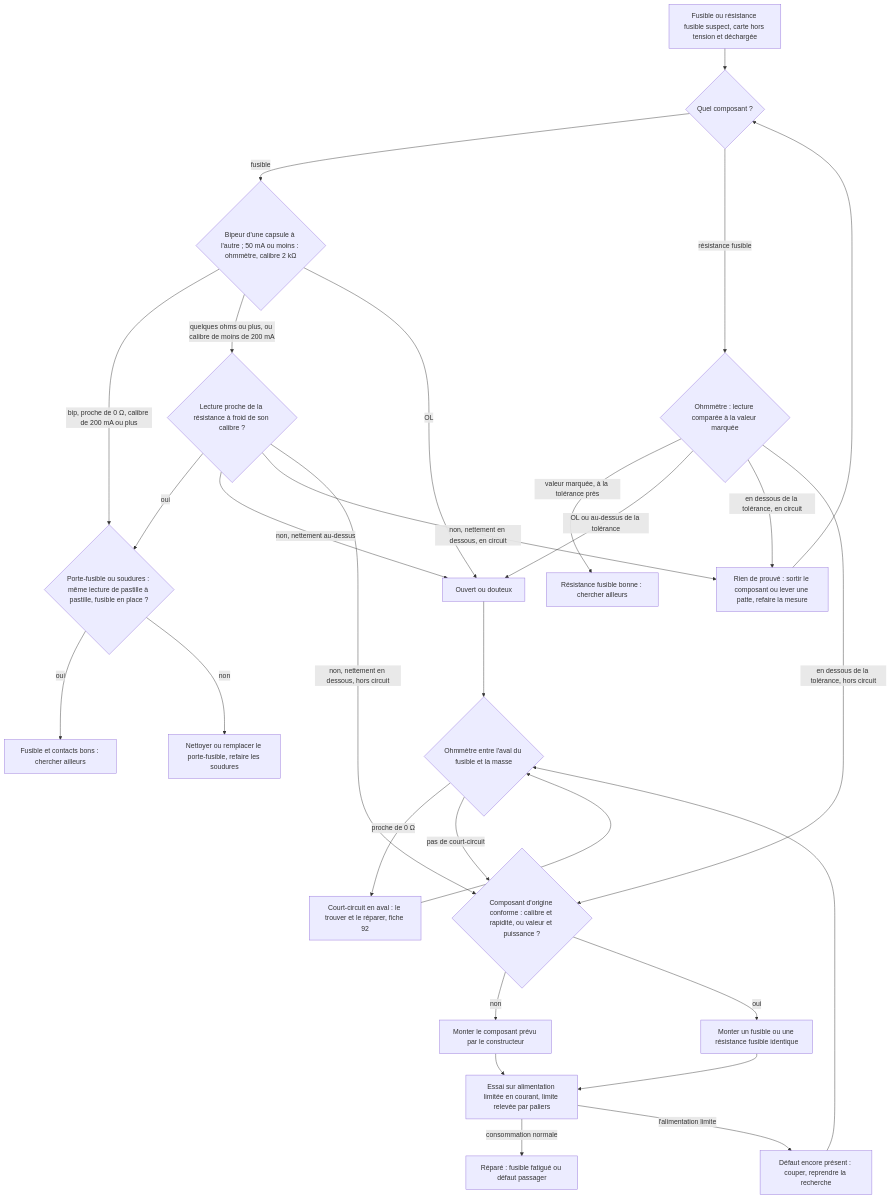
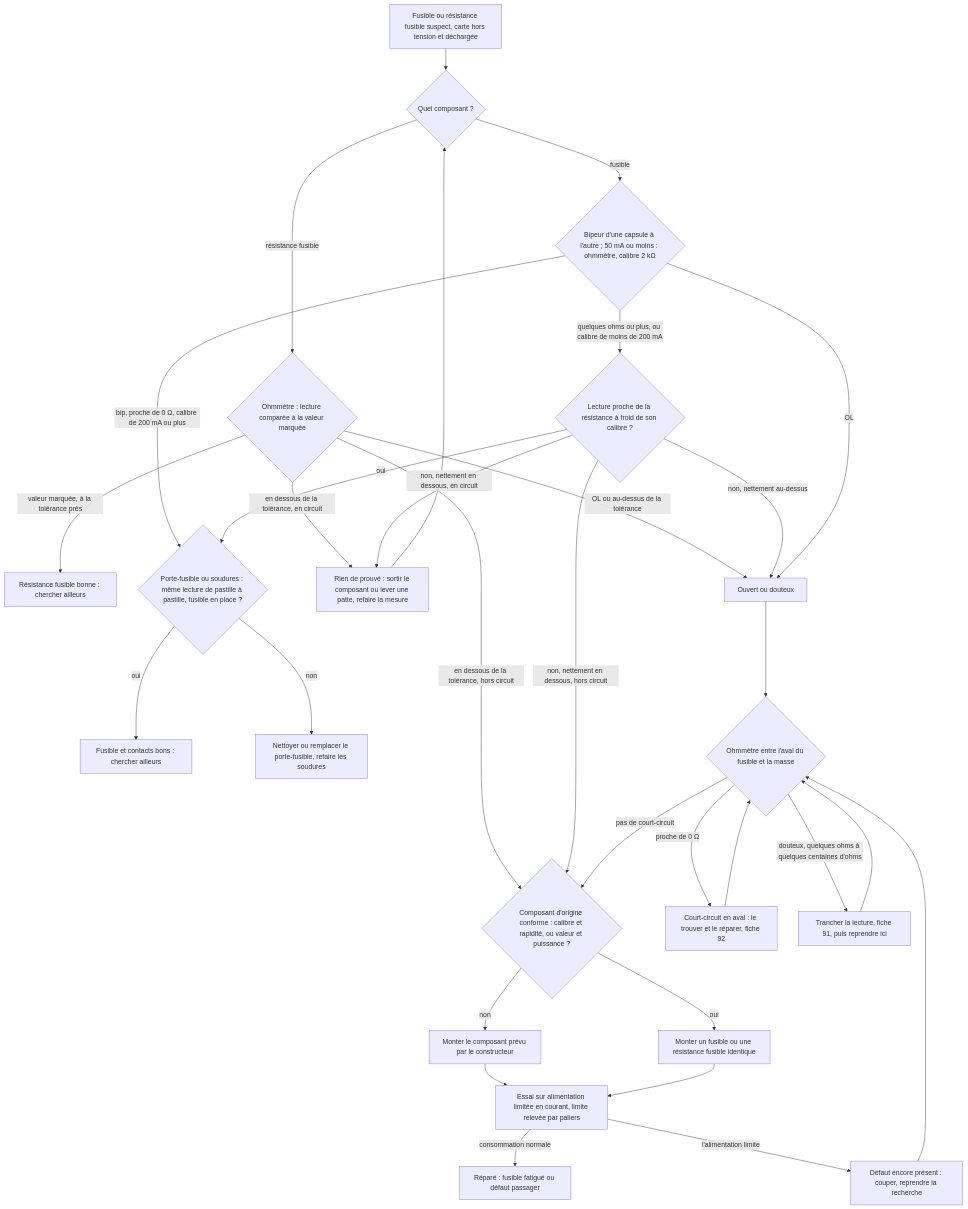
The diagram in troubleshooting/13_fusible/README.md (benoit-bremaud/ohm-sweet-ohm), drawn with Mermaid before and after one commit. The commit also changed 8 other files, not shown here.

````diff
--- a/troubleshooting/13_fusible/README.md
+++ b/troubleshooting/13_fusible/README.md
@@ -184,31 +184,33 @@
 ```mermaid
 flowchart TD
   A[Fusible ou résistance fusible suspect, carte hors tension et déchargée] --> T{Quel composant ?}
   T -- fusible --> B{Bipeur d'une capsule à l'autre ; 50 mA ou moins : ohmmètre, calibre 2 kΩ}
   T -- résistance fusible --> U{Ohmmètre : lecture comparée à la valeur marquée}
   U -- valeur marquée, à la tolérance près --> V[Résistance fusible bonne : chercher ailleurs]
   U -- OL ou au-dessus de la tolérance --> G
   U -- en dessous de la tolérance, en circuit --> P
   U -- en dessous de la tolérance, hors circuit --> J
   B -- bip, proche de 0 Ω, calibre de 200 mA ou plus --> C{Porte-fusible ou soudures : même lecture de pastille à pastille, fusible en place ?}
   C -- oui --> D[Fusible et contacts bons : chercher ailleurs]
   C -- non --> E[Nettoyer ou remplacer le porte-fusible, refaire les soudures]
   B -- quelques ohms ou plus, ou calibre de moins de 200 mA --> F{Lecture proche de la résistance à froid de son calibre ?}
   F -- oui --> C
   F -- non, nettement au-dessus --> G[Ouvert ou douteux]
   F -- non, nettement en dessous, en circuit --> P[Rien de prouvé : sortir le composant ou lever une patte, refaire la mesure]
   P --> T
   F -- non, nettement en dessous, hors circuit --> J
   B -- OL --> G
   G --> H{Ohmmètre entre l'aval du fusible et la masse}
   H -- proche de 0 Ω --> I[Court-circuit en aval : le trouver et le réparer, fiche 92]
   I --> H
+  H -- douteux, quelques ohms à quelques centaines d'ohms --> W[Trancher la lecture, fiche 91, puis reprendre ici]
+  W --> H
   H -- pas de court-circuit --> J{Composant d'origine conforme : calibre et rapidité, ou valeur et puissance ?}
   J -- non --> K[Monter le composant prévu par le constructeur]
   J -- oui --> L[Monter un fusible ou une résistance fusible identique]
   K --> M[Essai sur alimentation limitée en courant, limite relevée par paliers]
   L --> M
   M -- consommation normale --> N[Réparé : fusible fatigué ou défaut passager]
   M -- l'alimentation limite --> O[Défaut encore présent : couper, reprendre la recherche]
   O --> H
 ```
````
